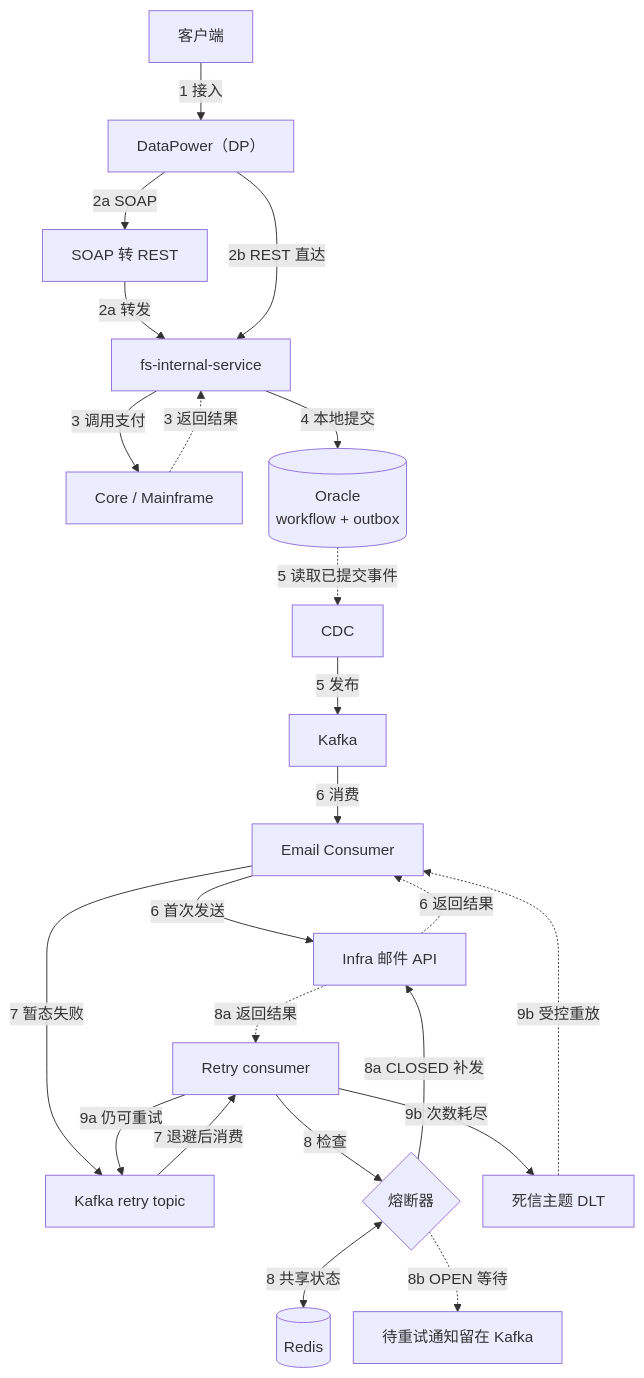
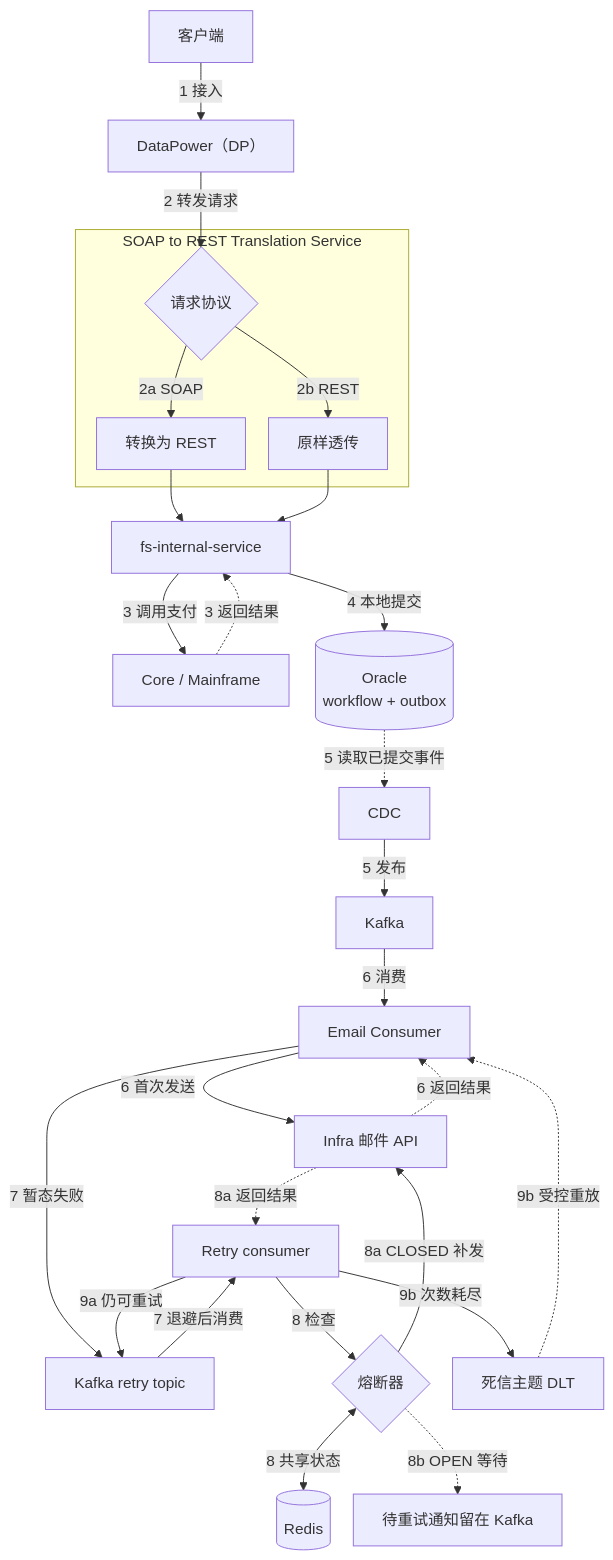
One commit to ChrisZZhong/zhichengzhong changed the second of 2 diagrams in _posts/Interviews/2026-11-17-MadisonDavisProjectInterview.md. Above: the diagram before and after it, drawn with Mermaid. The commit also changed other lines of this file and 1 other file, not shown here.

Commit message:
Route SOAP and native REST through the translation service

````diff
--- a/_posts/Interviews/2026-11-17-MadisonDavisProjectInterview.md
+++ b/_posts/Interviews/2026-11-17-MadisonDavisProjectInterview.md
@@ -50,26 +50,31 @@
 ```mermaid
 %%{init: {"flowchart": {"nodeSpacing": 24, "rankSpacing": 36}} }%%
 flowchart TD
     client["客户端"] -->|1 接入| dp["DataPower（DP）"]
-    dp -->|2a SOAP| translator["SOAP 转 REST"]
-    translator -->|2a 转发| service["fs-internal-service"]
-    dp -->|2b REST 直达| service
+    subgraph translator["SOAP to REST Translation Service"]
+        protocol{"请求协议"}
+        protocol -->|2a SOAP| convert["转换为 REST"]
+        protocol -->|2b REST| forward["原样透传"]
+    end
+    dp -->|2 转发请求| protocol
+    convert --> service["fs-internal-service"]
+    forward --> service
     service -->|3 调用支付| core["Core / Mainframe"]
     core -.->|3 返回结果| service
     service -->|4 本地提交| db[("Oracle<br/>workflow + outbox")]
     db -.->|5 读取已提交事件| cdc["CDC"]
     cdc -->|5 发布| kafka["Kafka"]
     kafka -->|6 消费| consumer["Email Consumer"]
     consumer -->|6 首次发送| mail["Infra 邮件 API"]
     mail -.->|6 返回结果| consumer
     consumer -->|7 暂态失败| retry["Kafka retry topic"]
     retry -->|7 退避后消费| rc["Retry consumer"]
     rc -->|8 检查| cb{"熔断器"}
     cb <-->|8 共享状态| redis[("Redis")]
     cb -->|8a CLOSED 补发| mail
     mail -.->|8a 返回结果| rc
     cb -.->|8b OPEN 等待| hold["待重试通知留在 Kafka"]
     rc -->|9a 仍可重试| retry
     rc -->|9b 次数耗尽| dlt["死信主题 DLT"]
     dlt -.->|9b 受控重放| consumer
 ```
````
